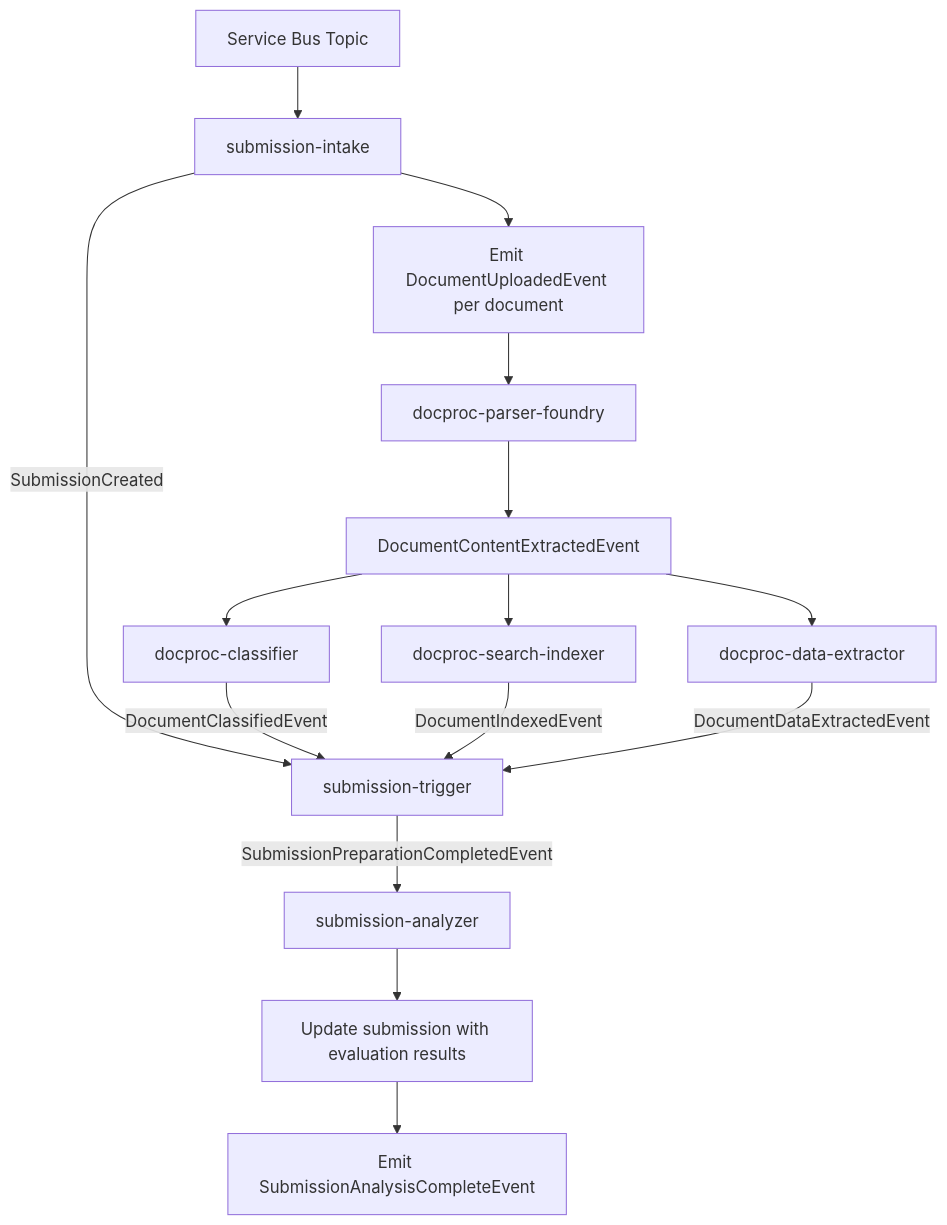
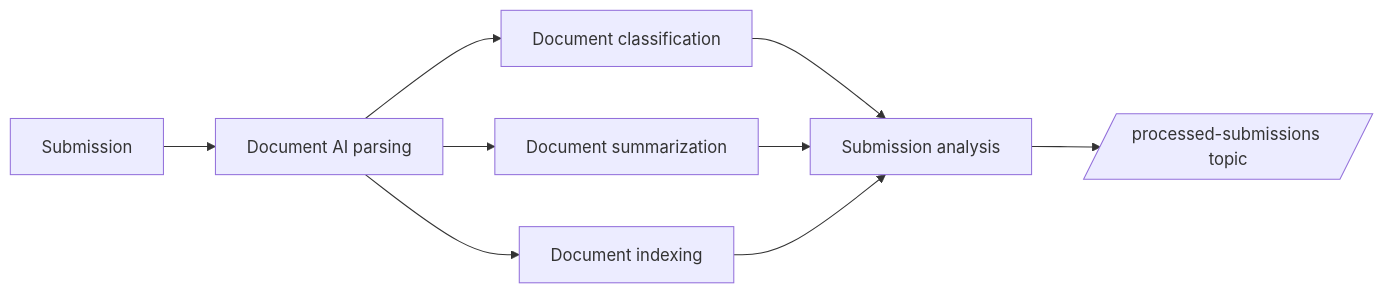
One commit to tkubica12/d-ai-email-processing changed the third of 4 diagrams in docs/Design.md. Above: the diagram before and after it, drawn with Mermaid. The commit also changed other lines of this file and 1 other file, not shown here.

````diff
--- a/docs/Design.md
+++ b/docs/Design.md
@@ -400,21 +64,11 @@
 ```mermaid
-graph TD
-    A[Service Bus Topic] --> B[submission-intake]
-    B -->|SubmissionCreated| T[submission-trigger]
-    B --> E[Emit DocumentUploadedEvent per document]
-
-    E --> F[docproc-parser-foundry]
-    F --> J[DocumentContentExtractedEvent]
-
-    J --> K[docproc-classifier]
-    J --> L[docproc-search-indexer]
-    J --> M[docproc-data-extractor]
-
-    K -->|DocumentClassifiedEvent| T
-    L -->|DocumentIndexedEvent| T
-    M -->|DocumentDataExtractedEvent| T
-
-    T -->|SubmissionPreparationCompletedEvent| W[submission-analyzer]
-    W --> GG[Update submission with evaluation results]
-    GG --> HH[Emit SubmissionAnalysisCompleteEvent]
+graph LR
+  A[Submission] --> B[Document AI parsing]
+  B --> C[Document classification]
+  B --> D[Document summarization]
+  B --> E[Document indexing]
+  C --> F[Submission analysis]
+  D --> F
+  E --> F
+  F --> G[/processed-submissions topic/]
 ```
````
